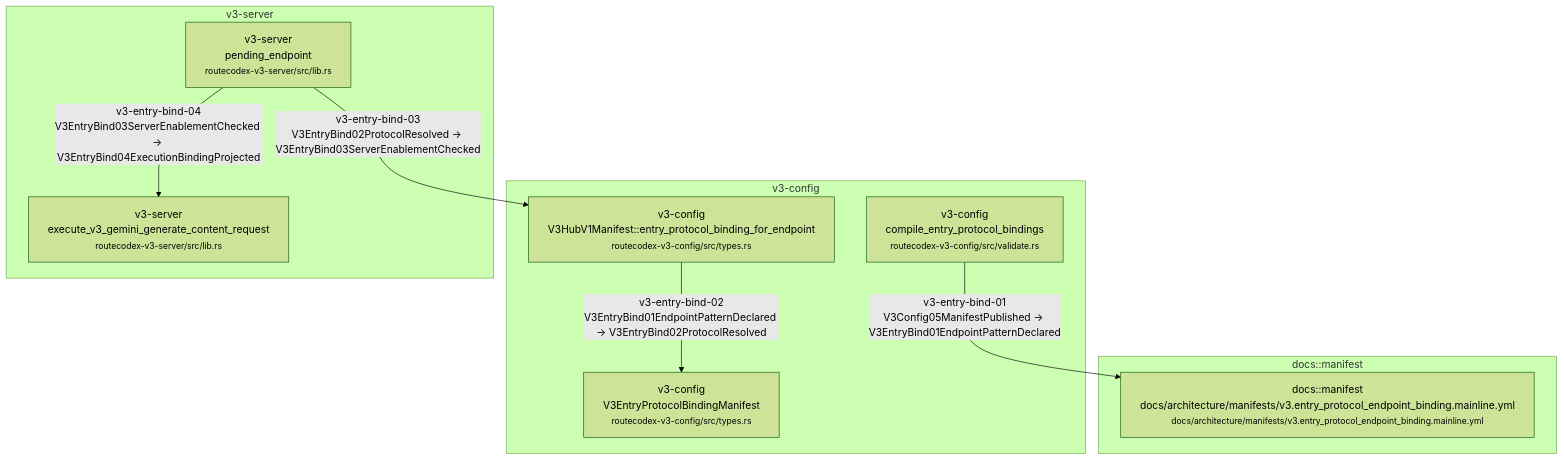
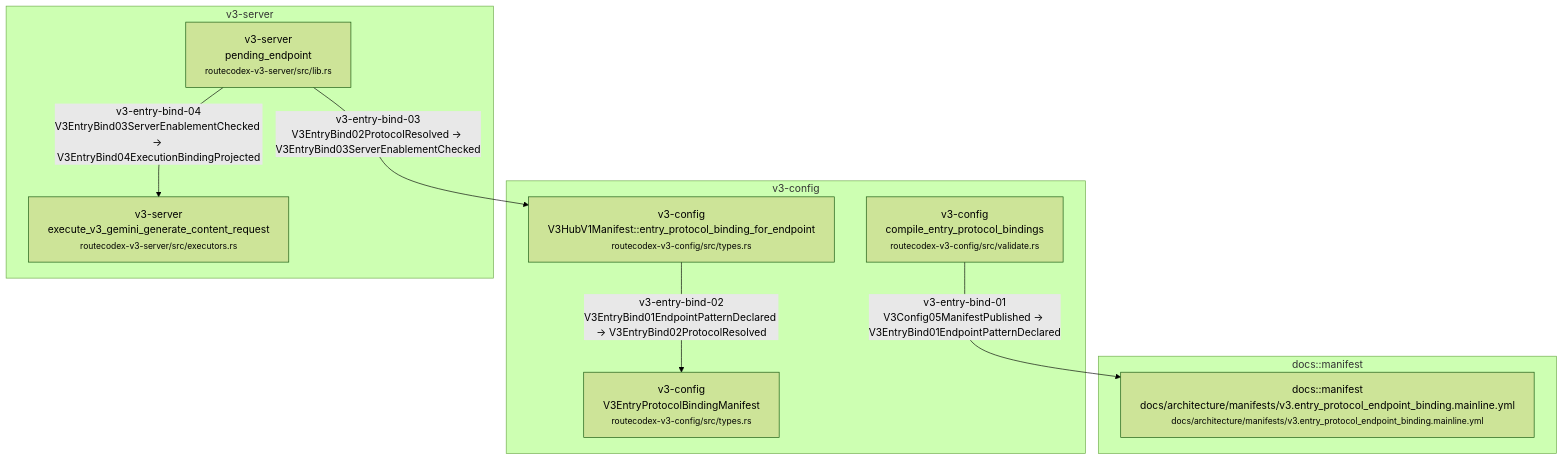
One commit to Jasonzhangf/routecodex changed the ninth of 58 diagrams in docs/architecture/wiki/v3-mainline-caller-flow.md. Above: the diagram before and after it, drawn with Mermaid (forest theme). The commit also changed other lines of this file and 15 other files, not shown here.

````diff
--- a/docs/architecture/wiki/v3-mainline-caller-flow.md
+++ b/docs/architecture/wiki/v3-mainline-caller-flow.md
@@ -364,19 +364,19 @@
 ```mermaid
 flowchart TD
   subgraph c_7_v3_entry_protocol_endpoint_binding_mainline_m_docs__manifest["docs::manifest"]
     c_7_v3_entry_protocol_endpoint_binding_mainline_1["docs::manifest<br/>docs/architecture/manifests/v3.entry_protocol_endpoint_binding.mainline.yml<br/><small>docs/architecture/manifests/v3.entry_protocol_endpoint_binding.mainline.yml</small>"]
   end
   subgraph c_7_v3_entry_protocol_endpoint_binding_mainline_m_v3_config["v3-config"]
     c_7_v3_entry_protocol_endpoint_binding_mainline_0["v3-config<br/>compile_entry_protocol_bindings<br/><small>routecodex-v3-config/src/validate.rs</small>"]
     c_7_v3_entry_protocol_endpoint_binding_mainline_2["v3-config<br/>V3HubV1Manifest::entry_protocol_binding_for_endpoint<br/><small>routecodex-v3-config/src/types.rs</small>"]
     c_7_v3_entry_protocol_endpoint_binding_mainline_3["v3-config<br/>V3EntryProtocolBindingManifest<br/><small>routecodex-v3-config/src/types.rs</small>"]
   end
   subgraph c_7_v3_entry_protocol_endpoint_binding_mainline_m_v3_server["v3-server"]
     c_7_v3_entry_protocol_endpoint_binding_mainline_4["v3-server<br/>pending_endpoint<br/><small>routecodex-v3-server/src/lib.rs</small>"]
-    c_7_v3_entry_protocol_endpoint_binding_mainline_5["v3-server<br/>execute_v3_gemini_generate_content_request<br/><small>routecodex-v3-server/src/lib.rs</small>"]
+    c_7_v3_entry_protocol_endpoint_binding_mainline_5["v3-server<br/>execute_v3_gemini_generate_content_request<br/><small>routecodex-v3-server/src/executors.rs</small>"]
   end
   c_7_v3_entry_protocol_endpoint_binding_mainline_0 -->|v3-entry-bind-01<br/>V3Config05ManifestPublished → V3EntryBind01EndpointPatternDeclared| c_7_v3_entry_protocol_endpoint_binding_mainline_1
   c_7_v3_entry_protocol_endpoint_binding_mainline_2 -->|v3-entry-bind-02<br/>V3EntryBind01EndpointPatternDeclared → V3EntryBind02ProtocolResolved| c_7_v3_entry_protocol_endpoint_binding_mainline_3
   c_7_v3_entry_protocol_endpoint_binding_mainline_4 -->|v3-entry-bind-03<br/>V3EntryBind02ProtocolResolved → V3EntryBind03ServerEnablementChecked| c_7_v3_entry_protocol_endpoint_binding_mainline_2
   c_7_v3_entry_protocol_endpoint_binding_mainline_4 -->|v3-entry-bind-04<br/>V3EntryBind03ServerEnablementChecked → V3EntryBind04ExecutionBindingProjected| c_7_v3_entry_protocol_endpoint_binding_mainline_5
 ```
````
